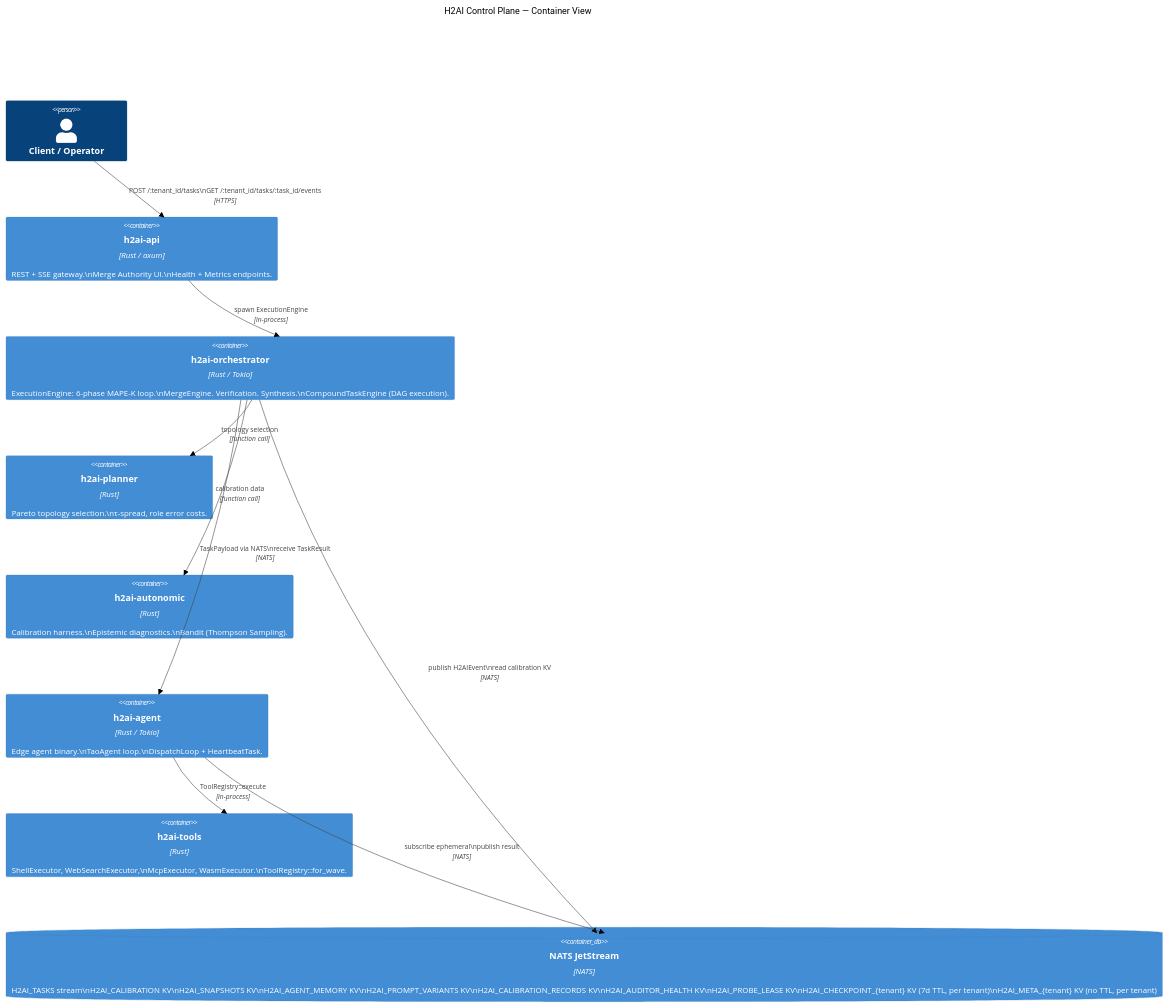
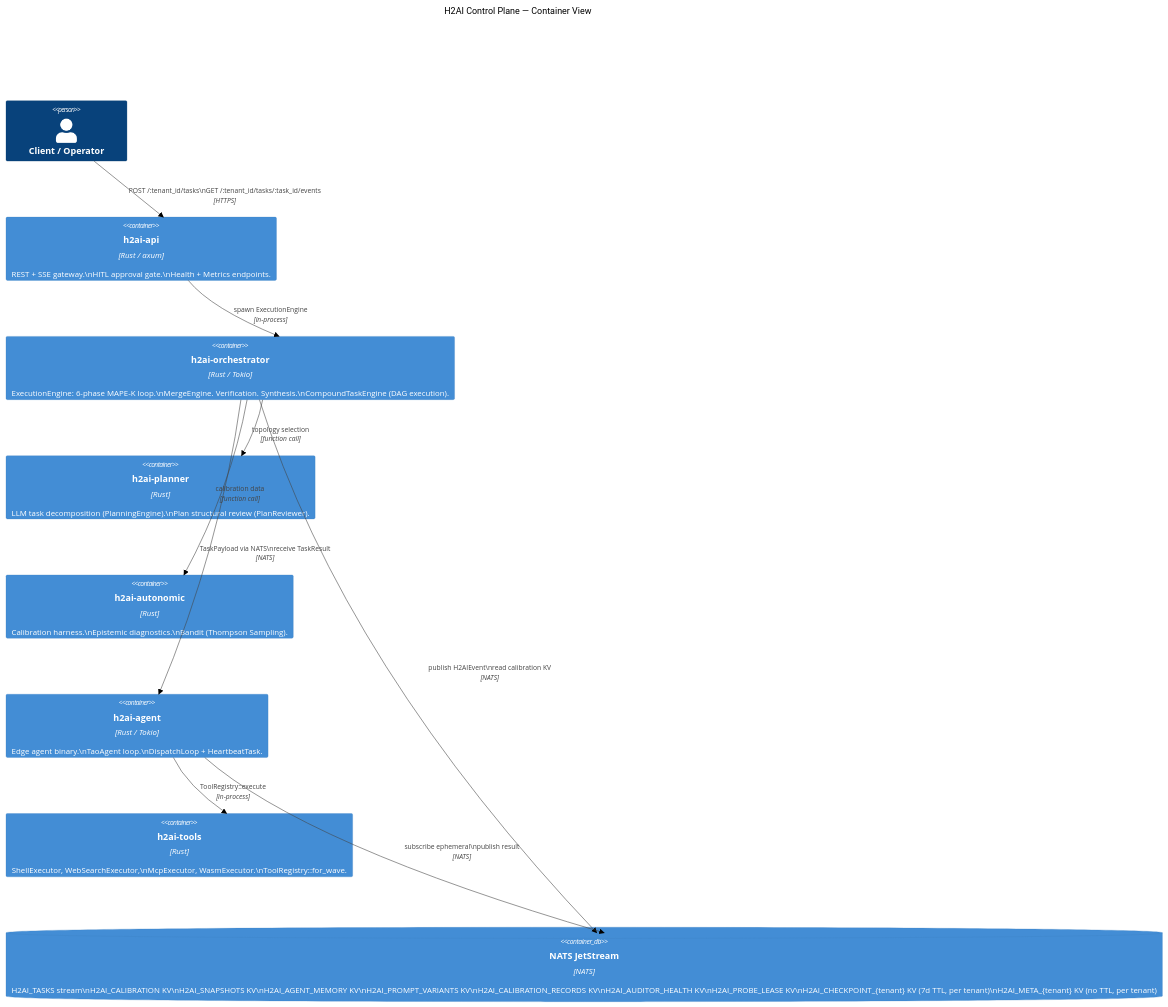
The second of 19 diagrams in docs/architecture/architecture.md (immediatus/h2ai-control-plane), drawn with Mermaid (forest theme) before and after one commit. The commit also changed other lines of this file and 71 other files, not shown here.

````diff
--- a/docs/architecture/architecture.md
+++ b/docs/architecture/architecture.md
@@ -153,23 +157,23 @@
 ```mermaid
 C4Container
     title H2AI Control Plane — Container View
 
     Person(client, "Client / Operator")
 
-    Container(api, "h2ai-api", "Rust / axum", "REST + SSE gateway.\nMerge Authority UI.\nHealth + Metrics endpoints.")
+    Container(api, "h2ai-api", "Rust / axum", "REST + SSE gateway.\nHITL approval gate.\nHealth + Metrics endpoints.")
     Container(orchestrator, "h2ai-orchestrator", "Rust / Tokio", "ExecutionEngine: 6-phase MAPE-K loop.\nMergeEngine. Verification. Synthesis.\nCompoundTaskEngine (DAG execution).")
-    Container(planner, "h2ai-planner", "Rust", "Pareto topology selection.\nτ-spread, role error costs.")
+    Container(planner, "h2ai-planner", "Rust", "LLM task decomposition (PlanningEngine).\nPlan structural review (PlanReviewer).")
     Container(autonomic, "h2ai-autonomic", "Rust", "Calibration harness.\nEpistemic diagnostics.\nBandit (Thompson Sampling).")
     Container(agent, "h2ai-agent", "Rust / Tokio", "Edge agent binary.\nTaoAgent loop.\nDispatchLoop + HeartbeatTask.")
     Container(tools, "h2ai-tools", "Rust", "ShellExecutor, WebSearchExecutor,\nMcpExecutor, WasmExecutor.\nToolRegistry::for_wave.")
     ContainerDb(nats_db, "NATS JetStream", "NATS", "H2AI_TASKS stream\nH2AI_CALIBRATION KV\nH2AI_SNAPSHOTS KV\nH2AI_AGENT_MEMORY KV\nH2AI_PROMPT_VARIANTS KV\nH2AI_CALIBRATION_RECORDS KV\nH2AI_AUDITOR_HEALTH KV\nH2AI_PROBE_LEASE KV\nH2AI_CHECKPOINT_{tenant} KV (7d TTL, per tenant)\nH2AI_META_{tenant} KV (no TTL, per tenant)")
 
     Rel(client, api, "POST /:tenant_id/tasks\nGET /:tenant_id/tasks/:task_id/events", "HTTPS")
     Rel(api, orchestrator, "spawn ExecutionEngine", "in-process")
     Rel(orchestrator, planner, "topology selection", "function call")
     Rel(orchestrator, autonomic, "calibration data", "function call")
     Rel(orchestrator, nats_db, "publish H2AIEvent\nread calibration KV", "NATS")
     Rel(orchestrator, agent, "TaskPayload via NATS\nreceive TaskResult", "NATS")
     Rel(agent, tools, "ToolRegistry::execute", "in-process")
     Rel(agent, nats_db, "subscribe ephemeral\npublish result", "NATS")
 ```
````
